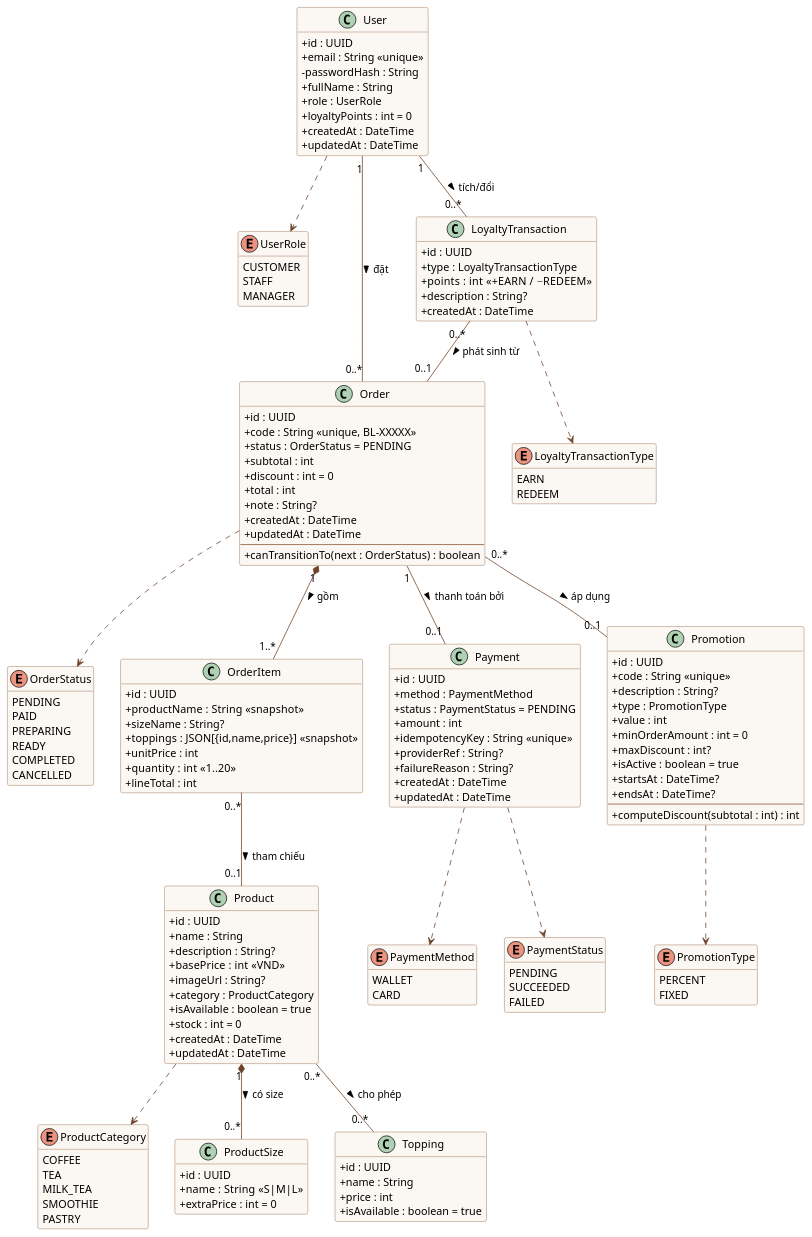
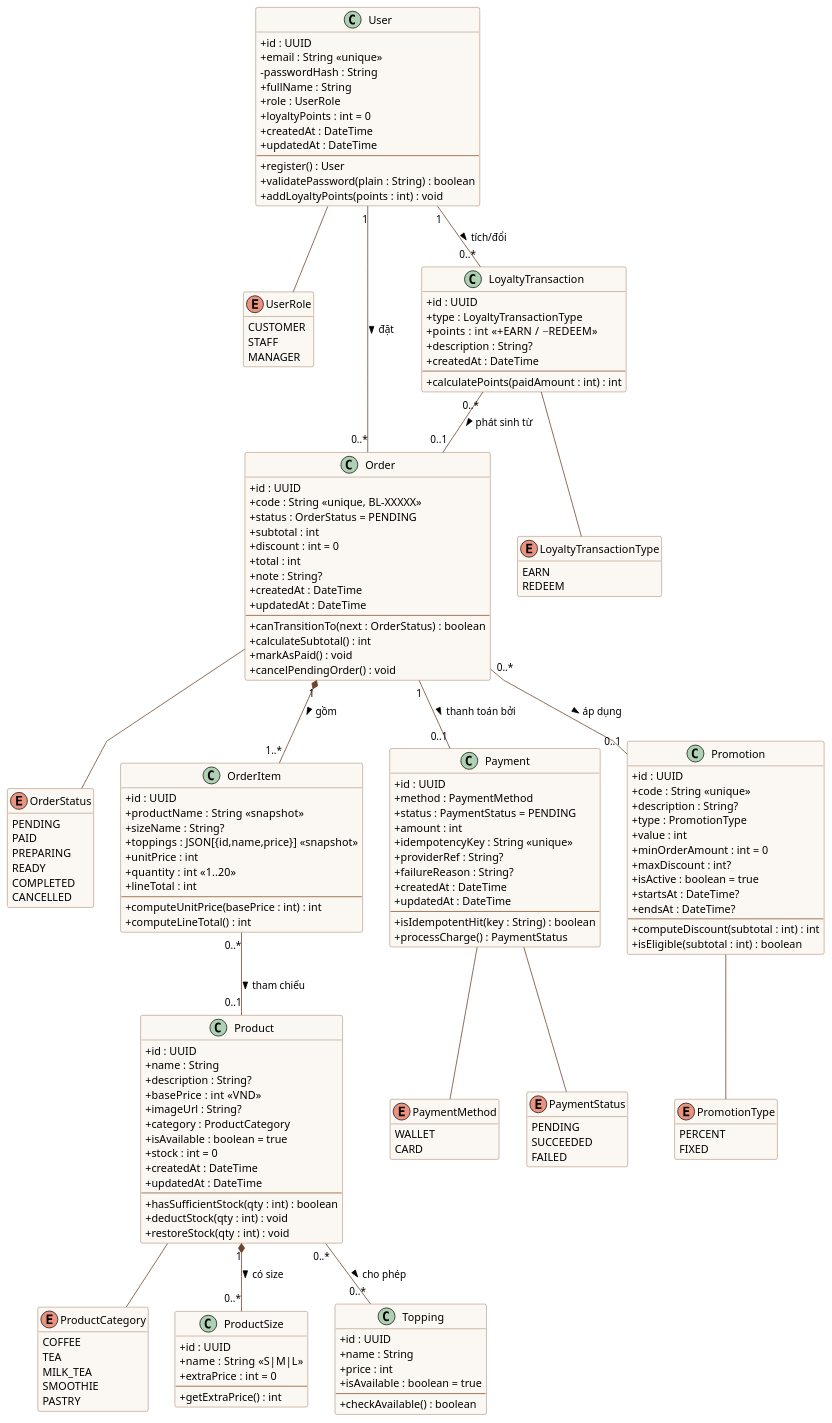
Before and after one commit to LHTCoder/brewlite: the diagram in docs/diagrams/class-domain.puml, drawn with PlantUML. The commit also changed 23 other files, not shown here.

```diff
--- a/docs/diagrams/class-domain.puml
+++ b/docs/diagrams/class-domain.puml
@@ -1,167 +1,192 @@
 @startuml class-domain
 ' Class-01: Mô hình miền BrewLite (Task 2.3) – khớp với entity TypeORM trong apps/api/src
 skinparam classAttributeIconSize 0
+skinparam linetype polyline
 skinparam class {
   BackgroundColor #FBF7F2
   BorderColor #8A5733
   ArrowColor #6E432A
 }
 skinparam enum {
   BackgroundColor #F3E9DC
 }
 hide empty methods
 
 enum UserRole {
   CUSTOMER
   STAFF
   MANAGER
 }
 enum ProductCategory {
   COFFEE
   TEA
   MILK_TEA
   SMOOTHIE
   PASTRY
 }
 enum OrderStatus {
   PENDING
   PAID
   PREPARING
   READY
   COMPLETED
   CANCELLED
 }
 enum PaymentMethod {
   WALLET
   CARD
 }
 enum PaymentStatus {
   PENDING
   SUCCEEDED
   FAILED
 }
 enum PromotionType {
   PERCENT
   FIXED
 }
 enum LoyaltyTransactionType {
   EARN
   REDEEM
 }
 
 class User {
   +id : UUID
   +email : String <<unique>>
   -passwordHash : String
   +fullName : String
   +role : UserRole
   +loyaltyPoints : int = 0
   +createdAt : DateTime
   +updatedAt : DateTime
+  --
+  +register() : User
+  +validatePassword(plain : String) : boolean
+  +addLoyaltyPoints(points : int) : void
 }
 
 class Product {
   +id : UUID
   +name : String
   +description : String?
   +basePrice : int  <<VND>>
   +imageUrl : String?
   +category : ProductCategory
   +isAvailable : boolean = true
   +stock : int = 0
   +createdAt : DateTime
   +updatedAt : DateTime
+  --
+  +hasSufficientStock(qty : int) : boolean
+  +deductStock(qty : int) : void
+  +restoreStock(qty : int) : void
 }
 
 class ProductSize {
   +id : UUID
   +name : String  <<S|M|L>>
   +extraPrice : int = 0
+  --
+  +getExtraPrice() : int
 }
 
 class Topping {
   +id : UUID
   +name : String
   +price : int
   +isAvailable : boolean = true
+  --
+  +checkAvailable() : boolean
 }
 
 class Order {
   +id : UUID
   +code : String <<unique, BL-XXXXX>>
   +status : OrderStatus = PENDING
   +subtotal : int
   +discount : int = 0
   +total : int
   +note : String?
   +createdAt : DateTime
   +updatedAt : DateTime
   --
   +canTransitionTo(next : OrderStatus) : boolean
+  +calculateSubtotal() : int
+  +markAsPaid() : void
+  +cancelPendingOrder() : void
 }
 
 class OrderItem {
   +id : UUID
   +productName : String  <<snapshot>>
   +sizeName : String?
   +toppings : JSON[{id,name,price}]  <<snapshot>>
   +unitPrice : int
   +quantity : int  <<1..20>>
   +lineTotal : int
+  --
+  +computeUnitPrice(basePrice : int) : int
+  +computeLineTotal() : int
 }
 
 class Payment {
   +id : UUID
   +method : PaymentMethod
   +status : PaymentStatus = PENDING
   +amount : int
   +idempotencyKey : String <<unique>>
   +providerRef : String?
   +failureReason : String?
   +createdAt : DateTime
   +updatedAt : DateTime
+  --
+  +isIdempotentHit(key : String) : boolean
+  +processCharge() : PaymentStatus
 }
 
 class Promotion {
   +id : UUID
   +code : String <<unique>>
   +description : String?
   +type : PromotionType
   +value : int
   +minOrderAmount : int = 0
   +maxDiscount : int?
   +isActive : boolean = true
   +startsAt : DateTime?
   +endsAt : DateTime?
   --
   +computeDiscount(subtotal : int) : int
+  +isEligible(subtotal : int) : boolean
 }
 
 class LoyaltyTransaction {
   +id : UUID
   +type : LoyaltyTransactionType
   +points : int  <<+EARN / −REDEEM>>
   +description : String?
   +createdAt : DateTime
+  --
+  +calculatePoints(paidAmount : int) : int
 }
 
 ' ---- Quan hệ & multiplicity ----
 User "1" -- "0..*" Order : đặt >
 User "1" -- "0..*" LoyaltyTransaction : tích/đổi >
 Order "1" *-- "1..*" OrderItem : gồm >
 Order "1" -- "0..1" Payment : thanh toán bởi >
 Order "0..*" -- "0..1" Promotion : áp dụng >
 OrderItem "0..*" -- "0..1" Product : tham chiếu >
 Product "1" *-- "0..*" ProductSize : có size >
 Product "0..*" -- "0..*" Topping : cho phép >
 LoyaltyTransaction "0..*" -- "0..1" Order : phát sinh từ >
 
-User ..> UserRole
-Product ..> ProductCategory
-Order ..> OrderStatus
-Payment ..> PaymentMethod
-Payment ..> PaymentStatus
-Promotion ..> PromotionType
-LoyaltyTransaction ..> LoyaltyTransactionType
+User -- UserRole
+Product -- ProductCategory
+Order -- OrderStatus
+Payment -- PaymentMethod
+Payment -- PaymentStatus
+Promotion -- PromotionType
+LoyaltyTransaction -- LoyaltyTransactionType
 
 @enduml
```
